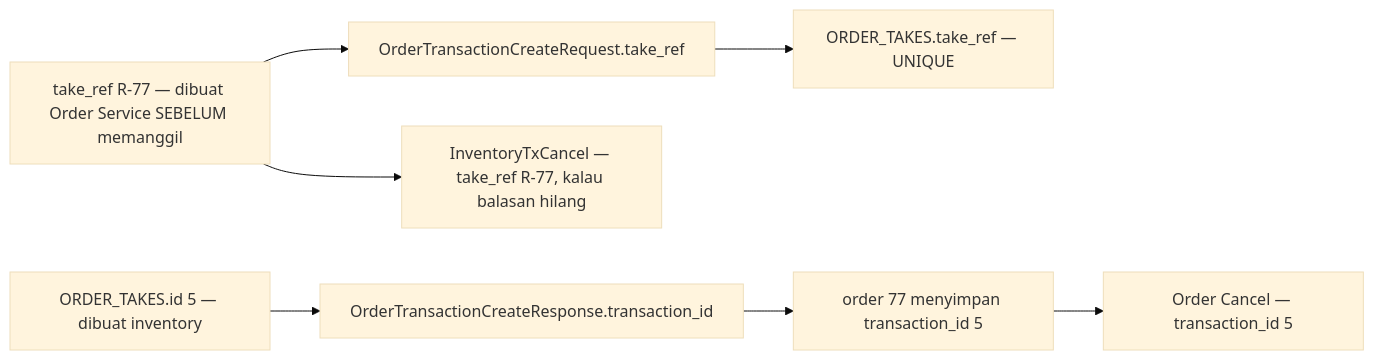
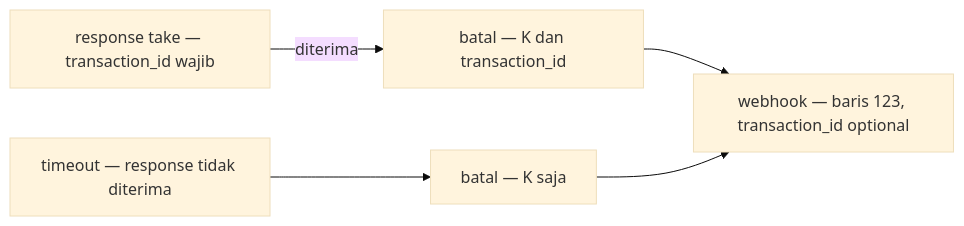
Before and after one commit to pdcgo/warehouse_revamp: the fourth of 4 diagrams in docs/business/stock_thoni/order_creation_provide_clarify.md, drawn with Mermaid (base theme). The commit also changed other lines of this file and 7 other files, not shown here.

Commit message:
working on 'inventory return transaction'

````diff
--- a/docs/business/stock_thoni/order_creation_provide_clarify.md
+++ b/docs/business/stock_thoni/order_creation_provide_clarify.md
@@ -137,9 +295,7 @@
 ```mermaid
 flowchart LR
-  ref["take_ref R-77 — dibuat Order Service SEBELUM memanggil"] --> req["OrderTransactionCreateRequest.take_ref"]
-  req --> col["ORDER_TAKES.take_ref — UNIQUE"]
-  tid["ORDER_TAKES.id 5 — dibuat inventory"] --> res["OrderTransactionCreateResponse.transaction_id"]
-  res --> ord["order 77 menyimpan transaction_id 5"]
-  ord --> oc["Order Cancel — transaction_id 5"]
-  ref --> txc["InventoryTxCancel — take_ref R-77, kalau balasan hilang"]
+  R["response take — transaction_id wajib"] -->|"diterima"| C1["batal — K dan transaction_id"]
+  T["timeout — response tidak diterima"] --> C2["batal — K saja"]
+  C1 --> W["webhook — baris 123, transaction_id optional"]
+  C2 --> W
 ```
````
